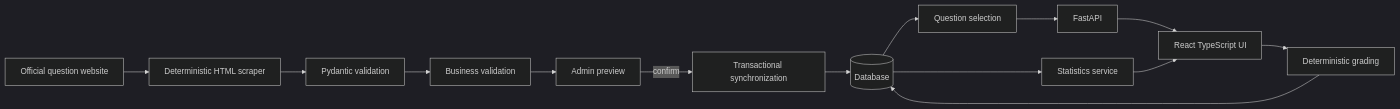
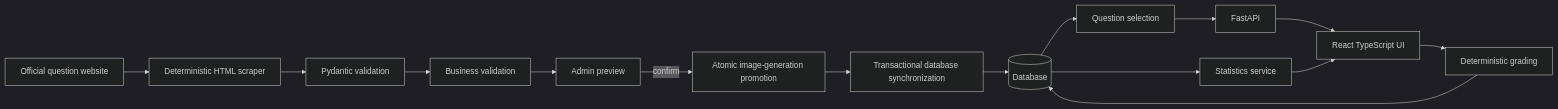
The diagram in docs/architecture.md (jonathas/realie-prep), drawn with Mermaid (dark theme) before and after one commit. The commit also changed other lines of this file and 7 other files, not shown here.

Commit message:
fix: make synchronized image updates atomic

````diff
--- a/docs/architecture.md
+++ b/docs/architecture.md
@@ -5,17 +5,18 @@
 ```mermaid
 flowchart LR
     WEB[Official question website] --> SC[Deterministic HTML scraper]
     SC --> PV[Pydantic validation]
     PV --> BV[Business validation]
     BV --> PR[Admin preview]
-    PR -->|confirm| TX[Transactional synchronization]
+    PR -->|confirm| AS[Atomic image-generation promotion]
+    AS --> TX[Transactional database synchronization]
     TX --> DB[(Database)]
 
     DB --> QS[Question selection]
     QS --> API[FastAPI]
     API --> UI[React TypeScript UI]
     UI --> GR[Deterministic grading]
     GR --> DB
     DB --> ST[Statistics service]
     ST --> UI
 ```
````
